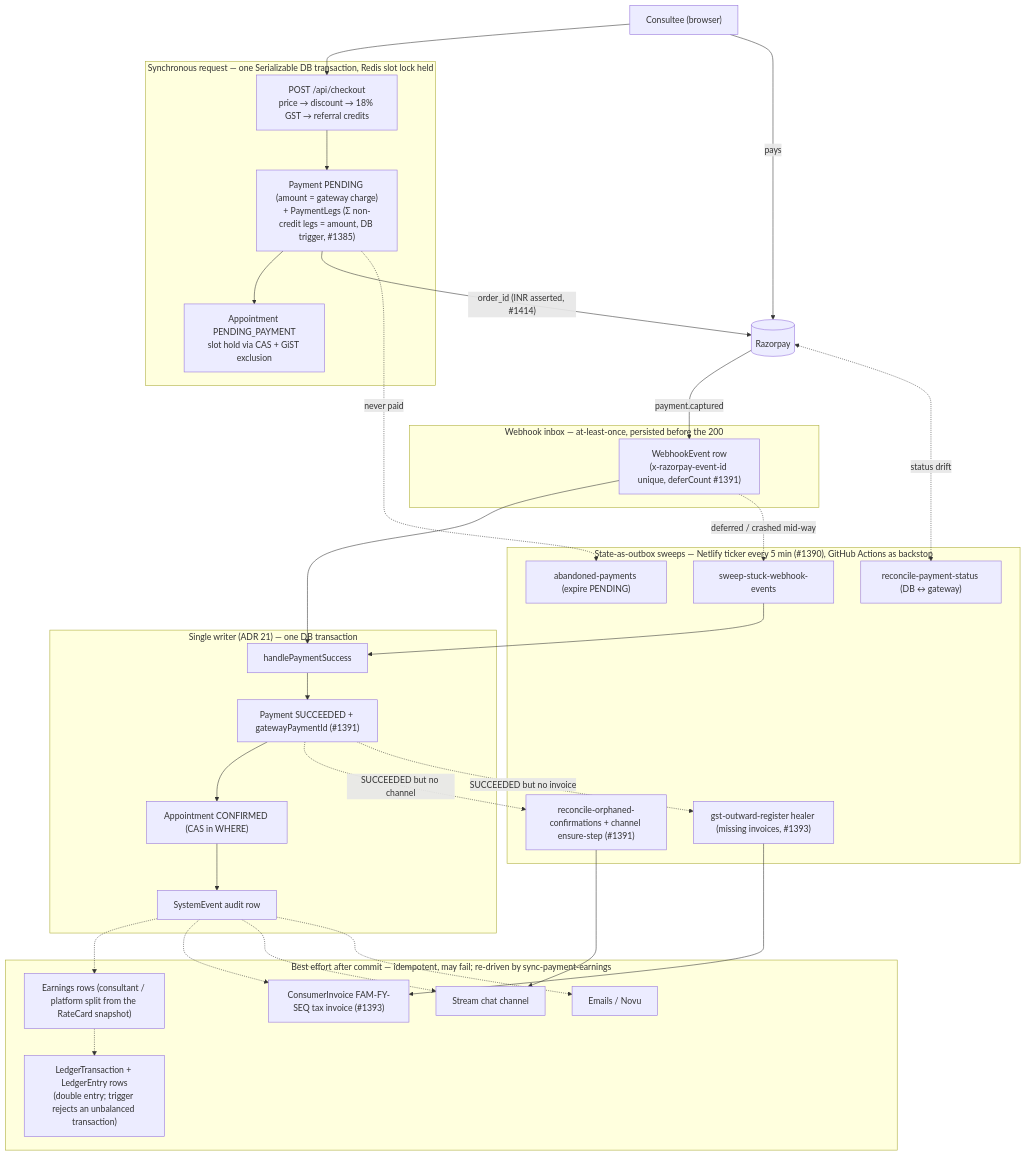
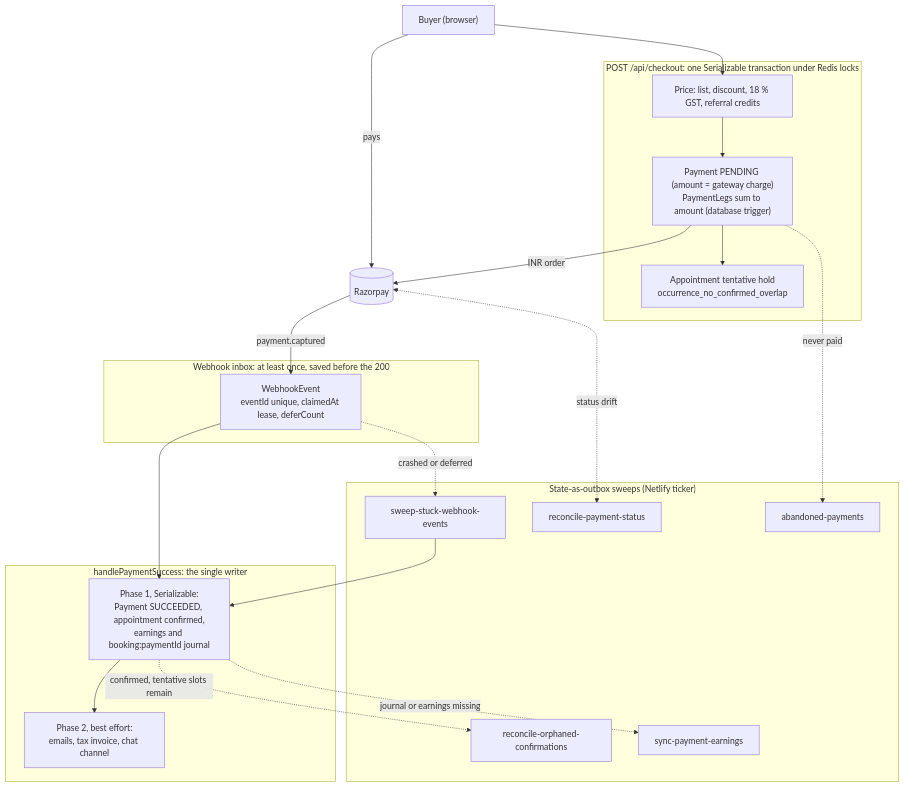
The first of 5 diagrams in docs/finance/00-overview/01-money-map.md (Practitionist/familiarise_web), drawn with Mermaid before and after one commit. The commit also changed other lines of this file and 17 other files, not shown here.

````diff
--- a/docs/finance/00-overview/01-money-map.md
+++ b/docs/finance/00-overview/01-money-map.md
@@ -13,46 +19,32 @@
 ```mermaid
 flowchart TB
-  U["Consultee (browser)"]
-  subgraph Sync["Synchronous request — one Serializable DB transaction, Redis slot lock held"]
-    CO["POST /api/checkout<br/>price → discount → 18% GST → referral credits"]
-    PAY["Payment PENDING (amount = gateway charge)<br/>+ PaymentLegs (Σ non-credit legs = amount, DB trigger, #1385)"]
-    APPT["Appointment PENDING_PAYMENT<br/>slot hold via CAS + GiST exclusion"]
+  U["Buyer (browser)"]
+  subgraph Sync["POST /api/checkout: one Serializable transaction under Redis locks"]
+    CO["Price: list, discount, 18 % GST, referral credits"]
+    PAY["Payment PENDING (amount = gateway charge)<br/>PaymentLegs sum to amount (database trigger)"]
+    APPT["Appointment tentative hold<br/>occurrence_no_confirmed_overlap"]
   end
   RZP[("Razorpay")]
-  subgraph Inbox["Webhook inbox — at-least-once, persisted before the 200"]
-    WE["WebhookEvent row<br/>(x-razorpay-event-id unique, deferCount #1391)"]
+  subgraph Inbox["Webhook inbox: at least once, saved before the 200"]
+    WE["WebhookEvent<br/>eventId unique, claimedAt lease, deferCount"]
   end
-  subgraph Writer["Single writer (ADR 21) — one DB transaction"]
-    HS["handlePaymentSuccess"]
-    P2["Payment SUCCEEDED + gatewayPaymentId (#1391)"]
-    A2["Appointment CONFIRMED (CAS in WHERE)"]
-    AUD["SystemEvent audit row"]
+  subgraph Writer["handlePaymentSuccess: the single writer"]
+    P1["Phase 1, Serializable:<br/>Payment SUCCEEDED, appointment confirmed,<br/>earnings and booking:paymentId journal"]
+    P2["Phase 2, best effort:<br/>emails, tax invoice, chat channel"]
   end
-  subgraph After["Best effort after commit — idempotent, may fail; re-driven by sync-payment-earnings"]
-    EARN["Earnings rows (consultant / platform split from the RateCard snapshot)"]
-    LED["LedgerTransaction + LedgerEntry rows<br/>(double entry; trigger rejects an unbalanced transaction)"]
-    INV["ConsumerInvoice FAM-FY-SEQ tax invoice (#1393)"]
-    CH["Stream chat channel"]
-    MAIL["Emails / Novu"]
-  end
-  subgraph Sweeps["State-as-outbox sweeps — Netlify ticker every 5 min (#1390), GitHub Actions as backstop"]
+  subgraph Sweeps["State-as-outbox sweeps (Netlify ticker)"]
     S1["sweep-stuck-webhook-events"]
-    S2["reconcile-orphaned-confirmations + channel ensure-step (#1391)"]
-    S3["reconcile-payment-status (DB ↔ gateway)"]
-    S4["abandoned-payments (expire PENDING)"]
-    S5["gst-outward-register healer (missing invoices, #1393)"]
+    S2["reconcile-orphaned-confirmations"]
+    S3["reconcile-payment-status"]
+    S4["abandoned-payments"]
+    S5["sync-payment-earnings"]
   end
   U --> CO --> PAY --> APPT
-  PAY -- "order_id (INR asserted, #1414)" --> RZP
-  U -- "pays" --> RZP -- "payment.captured" --> WE --> HS
-  HS --> P2 --> A2 --> AUD
-  AUD -.-> EARN -.-> LED
-  AUD -.-> INV
-  AUD -.-> CH
-  AUD -.-> MAIL
-  WE -. "deferred / crashed mid-way" .-> S1 --> HS
-  P2 -. "SUCCEEDED but no channel" .-> S2 --> CH
-  P2 -. "SUCCEEDED but no invoice" .-> S5 --> INV
-  RZP <-. "status drift" .-> S3
-  PAY -. "never paid" .-> S4
+  PAY -->|"INR order"| RZP
+  U -->|"pays"| RZP -->|"payment.captured"| WE --> P1 --> P2
+  WE -.->|"crashed or deferred"| S1 --> P1
+  P1 -.->|"confirmed, tentative slots remain"| S2
+  RZP <-.->|"status drift"| S3
+  PAY -.->|"never paid"| S4
+  P1 -.->|"journal or earnings missing"| S5
 ```
````
